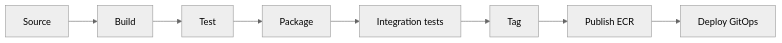
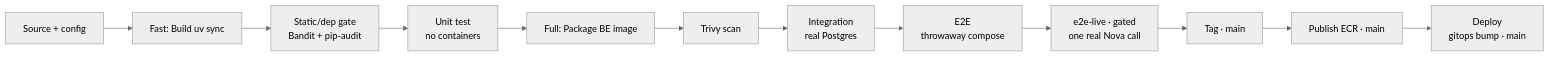
One commit to Steve-droid/modelmatch-backend changed the diagram in README.md. Above: the diagram before and after it, drawn with Mermaid (neutral theme). The commit also changed other lines of this file and 2 other files, not shown here.

````diff
--- a/README.md
+++ b/README.md
@@ -181,10 +208,14 @@
 ```mermaid
 graph LR
-    A[Source] --> B[Build]
-    B --> C[Test]
-    C --> D[Package]
-    D --> E[Integration tests]
-    E --> F[Tag]
-    F --> G[Publish ECR]
-    G --> H[Deploy GitOps]
+    A[Source + config] --> B[Fast: Build uv sync]
+    B --> C[Static/dep gate<br/>Bandit + pip-audit]
+    C --> D[Unit test<br/>no containers]
+    D --> E[Full: Package BE image]
+    E --> F[Trivy scan]
+    F --> G[Integration<br/>real Postgres]
+    G --> H[E2E<br/>throwaway compose]
+    H --> I[e2e-live · gated<br/>one real Nova call]
+    I --> J[Tag · main]
+    J --> K[Publish ECR · main]
+    K --> L[Deploy<br/>gitops bump · main]
 ```
````
